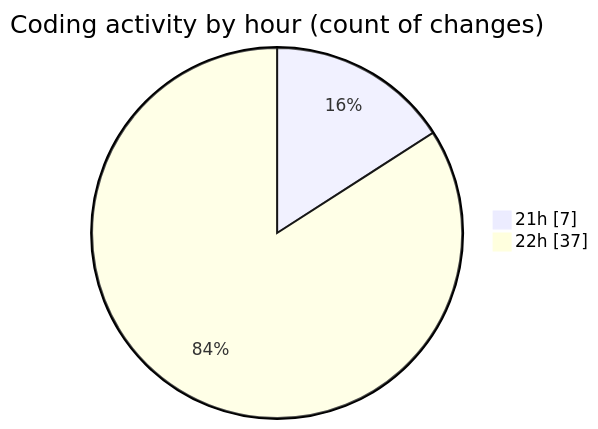
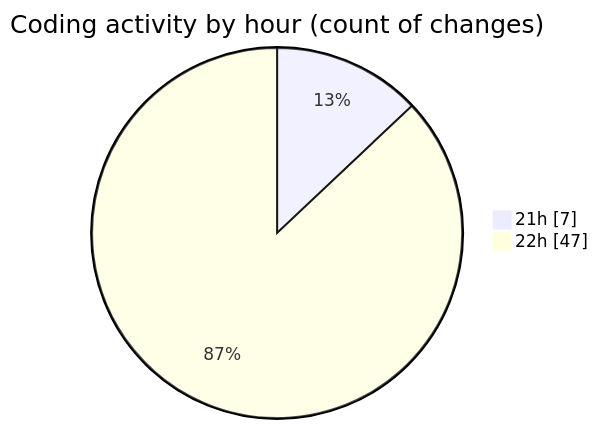
Before and after one commit to EIIisD/code-tracking: the second of 2 diagrams in 2025-08-26/mcp-web/README.md, drawn with Mermaid. The commit also changed other lines of this file and 1 other file, not shown here.

````diff
--- a/2025-08-26/mcp-web/README.md
+++ b/2025-08-26/mcp-web/README.md
@@ -32,6 +32,6 @@
 ```mermaid
 pie showData
 title Coding activity by hour (count of changes)
 "21h" : 7
-"22h" : 37
+"22h" : 47
 ```
````
